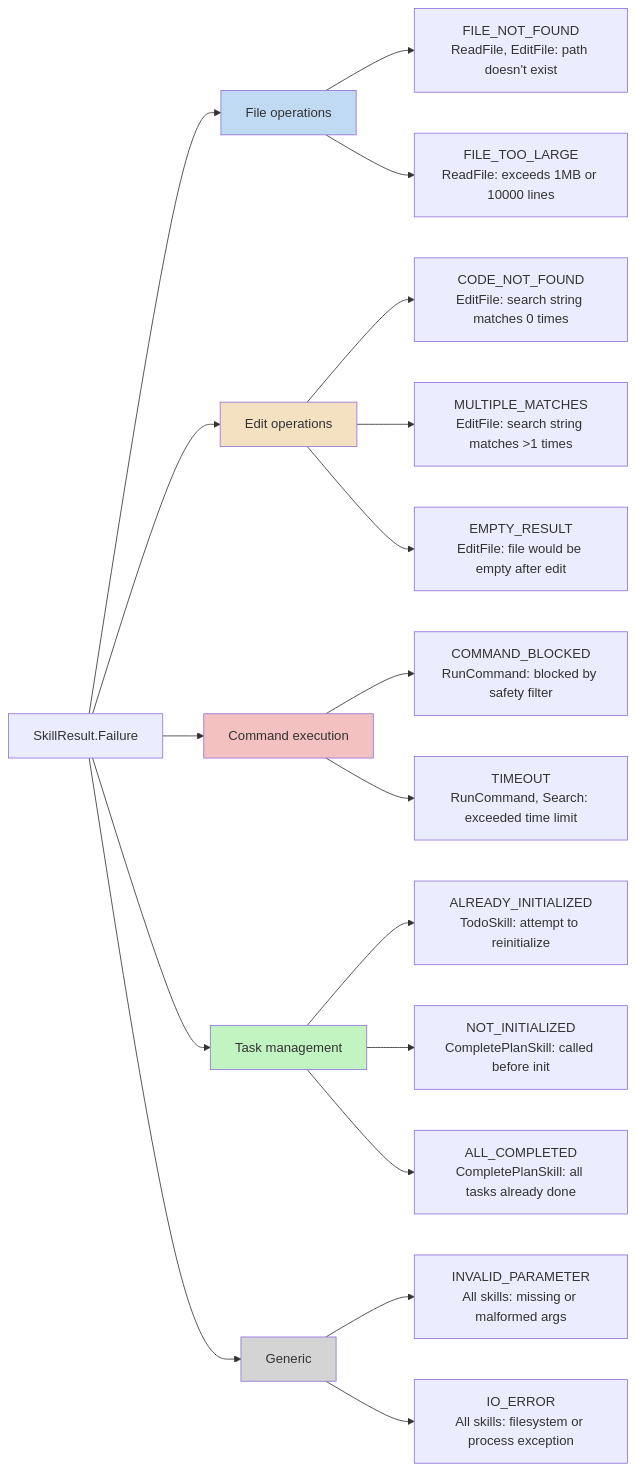
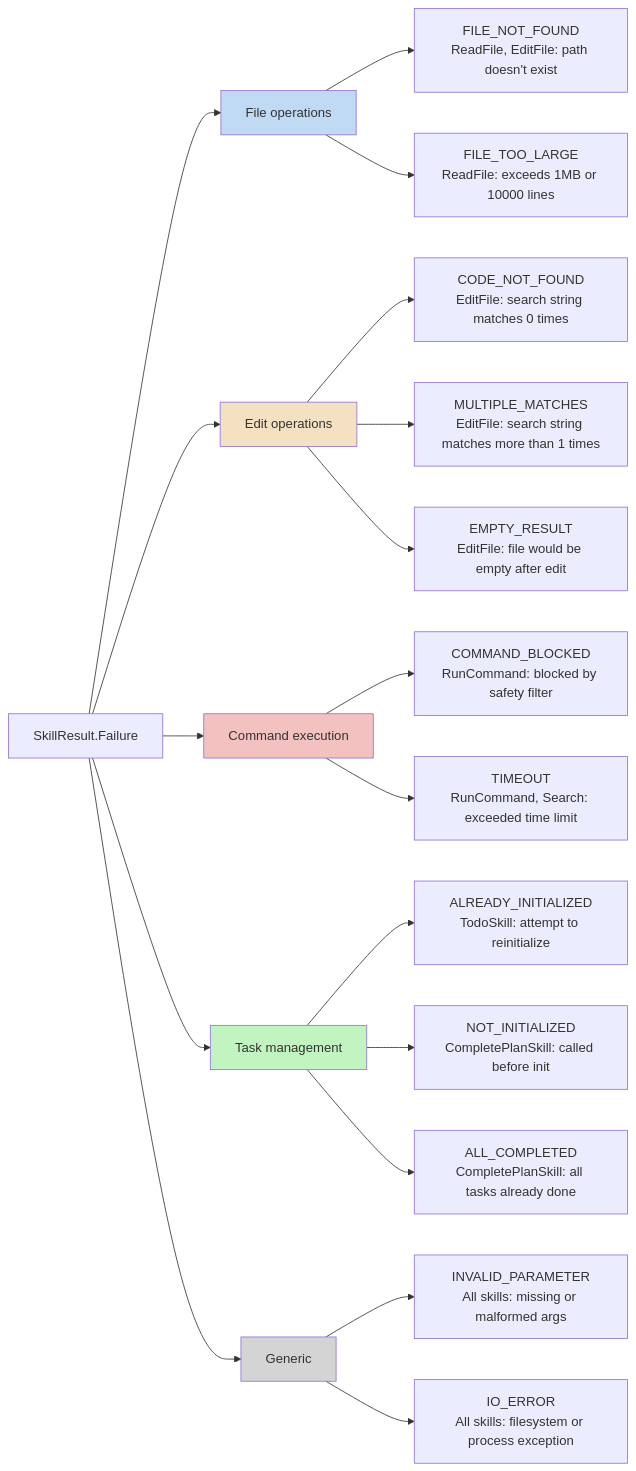
One commit to lg841226/Gradum changed diagram 22 of 27 in docs/ARCHITECTURE.md. Above: the diagram before and after it, drawn with Mermaid. The commit also changed other lines of this file, not shown here.

Commit message:
fix(docs): quote remaining Mermaid node labels in error code diagram
The error code taxonomy flowchart in section 5.1 contained several
nodes with bare [...] labels (F1 through F12) using multi-line text
that included commas, apostrophes and '>' inside. While some render
fine, nodes with single quotes (F1, F4) trigger Mermaid's quoted
text heuristic and fail to render correctly.

Wrap all twelve F1..F12 nodes in "..." so Mermaid treats the entire
content as a literal string. Also rewrote the F4 description to
spell out 'more than 1 times' to avoid the > character.

````diff
--- a/docs/ARCHITECTURE.md
+++ b/docs/ARCHITECTURE.md
@@ -1185,31 +1185,31 @@
 ```mermaid
 flowchart LR
     ALL[SkillResult.Failure] --> G1[File operations]
     ALL --> G2[Edit operations]
     ALL --> G3[Command execution]
     ALL --> G4[Task management]
     ALL --> G5[Generic]
 
-    G1 --> F1[FILE_NOT_FOUND<br/>ReadFile, EditFile: path doesn't exist]
-    G1 --> F2[FILE_TOO_LARGE<br/>ReadFile: exceeds 1MB or 10000 lines]
+    G1 --> F1["FILE_NOT_FOUND<br/>ReadFile, EditFile: path doesn't exist"]
+    G1 --> F2["FILE_TOO_LARGE<br/>ReadFile: exceeds 1MB or 10000 lines"]
 
-    G2 --> F3[CODE_NOT_FOUND<br/>EditFile: search string matches 0 times]
-    G2 --> F4[MULTIPLE_MATCHES<br/>EditFile: search string matches >1 times]
-    G2 --> F5[EMPTY_RESULT<br/>EditFile: file would be empty after edit]
+    G2 --> F3["CODE_NOT_FOUND<br/>EditFile: search string matches 0 times"]
+    G2 --> F4["MULTIPLE_MATCHES<br/>EditFile: search string matches more than 1 times"]
+    G2 --> F5["EMPTY_RESULT<br/>EditFile: file would be empty after edit"]
 
-    G3 --> F6[COMMAND_BLOCKED<br/>RunCommand: blocked by safety filter]
-    G3 --> F7[TIMEOUT<br/>RunCommand, Search: exceeded time limit]
+    G3 --> F6["COMMAND_BLOCKED<br/>RunCommand: blocked by safety filter"]
+    G3 --> F7["TIMEOUT<br/>RunCommand, Search: exceeded time limit"]
 
-    G4 --> F8[ALREADY_INITIALIZED<br/>TodoSkill: attempt to reinitialize]
-    G4 --> F9[NOT_INITIALIZED<br/>CompletePlanSkill: called before init]
-    G4 --> F10[ALL_COMPLETED<br/>CompletePlanSkill: all tasks already done]
+    G4 --> F8["ALREADY_INITIALIZED<br/>TodoSkill: attempt to reinitialize"]
+    G4 --> F9["NOT_INITIALIZED<br/>CompletePlanSkill: called before init"]
+    G4 --> F10["ALL_COMPLETED<br/>CompletePlanSkill: all tasks already done"]
 
-    G5 --> F11[INVALID_PARAMETER<br/>All skills: missing or malformed args]
-    G5 --> F12[IO_ERROR<br/>All skills: filesystem or process exception]
+    G5 --> F11["INVALID_PARAMETER<br/>All skills: missing or malformed args"]
+    G5 --> F12["IO_ERROR<br/>All skills: filesystem or process exception"]
 
     style G1 fill:#c1daf4
     style G2 fill:#f4e1c1
     style G3 fill:#f4c1c1
     style G4 fill:#c1f4c1
     style G5 fill:#d4d4d4
 ```
````
